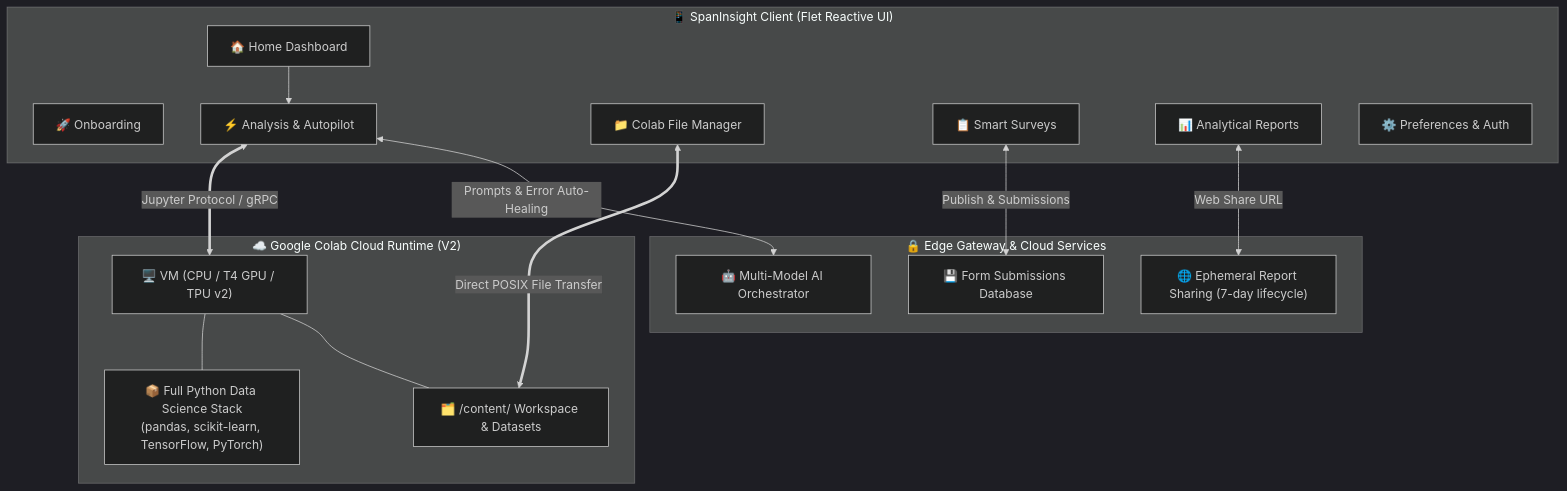
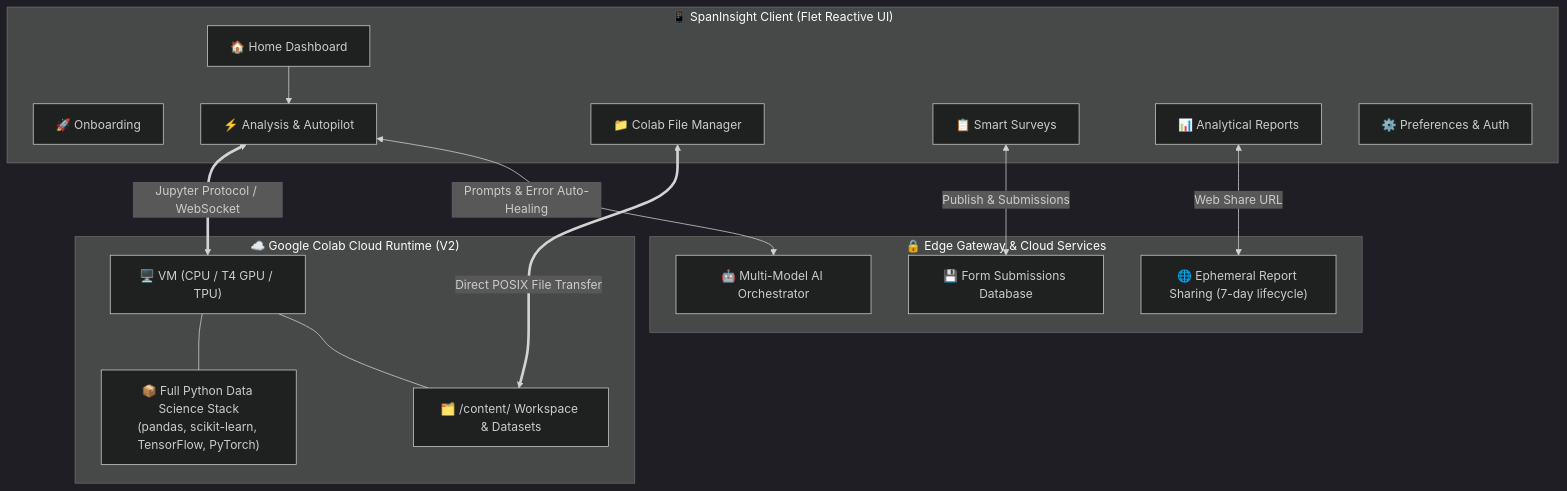
The diagram in README.md (Nwokike/SpanInsight), drawn with Mermaid (dark theme) before and after one commit. The commit also changed other lines of this file, not shown here.

````diff
--- a/README.md
+++ b/README.md
@@ -20,33 +143,33 @@
 ```mermaid
 flowchart TD
     subgraph APP ["📱 SpanInsight Client (Flet Reactive UI)"]
         Onboard["🚀 Onboarding"]
         Home["🏠 Home Dashboard"]
         Analysis["⚡ Analysis & Autopilot"]
         Files["📁 Colab File Manager"]
         Forms["📋 Smart Surveys"]
         Reports["📊 Analytical Reports"]
         Settings["⚙️ Preferences & Auth"]
     end
 
     subgraph COLAB ["☁️ Google Colab Cloud Runtime (V2)"]
-        VM["🖥️ VM (CPU / T4 GPU / TPU v2)"]
+        VM["🖥️ VM (CPU / T4 GPU / TPU)"]
         Env["📦 Full Python Data Science Stack\n(pandas, scikit-learn, TensorFlow, PyTorch)"]
         POSIX["🗂️ /content/ Workspace & Datasets"]
         VM --- Env
         VM --- POSIX
     end
 
     subgraph GATEWAY ["🔒 Edge Gateway & Cloud Services"]
         AI["🤖 Multi-Model AI Orchestrator"]
         D1["💾 Form Submissions Database"]
         R2["🌐 Ephemeral Report Sharing (7-day lifecycle)"]
     end
 
-    Analysis <==>|Jupyter Protocol / gRPC| VM
+    Analysis <==>|Jupyter Protocol / WebSocket| VM
     Files <==>|Direct POSIX File Transfer| POSIX
     Analysis <-->|Prompts & Error Auto-Healing| AI
     Forms <-->|Publish & Submissions| D1
     Reports <-->|Web Share URL| R2
     Home --> Analysis
 ```
````
